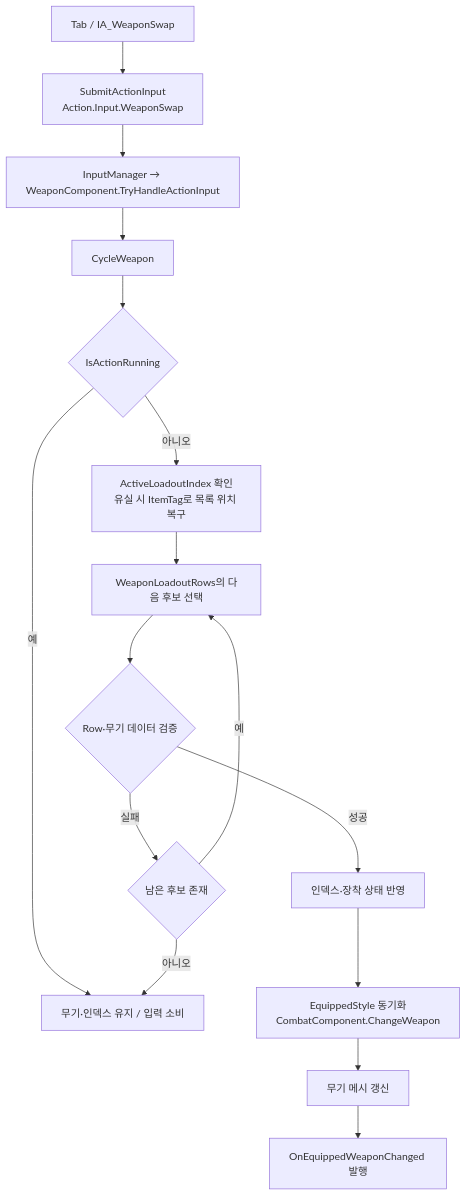
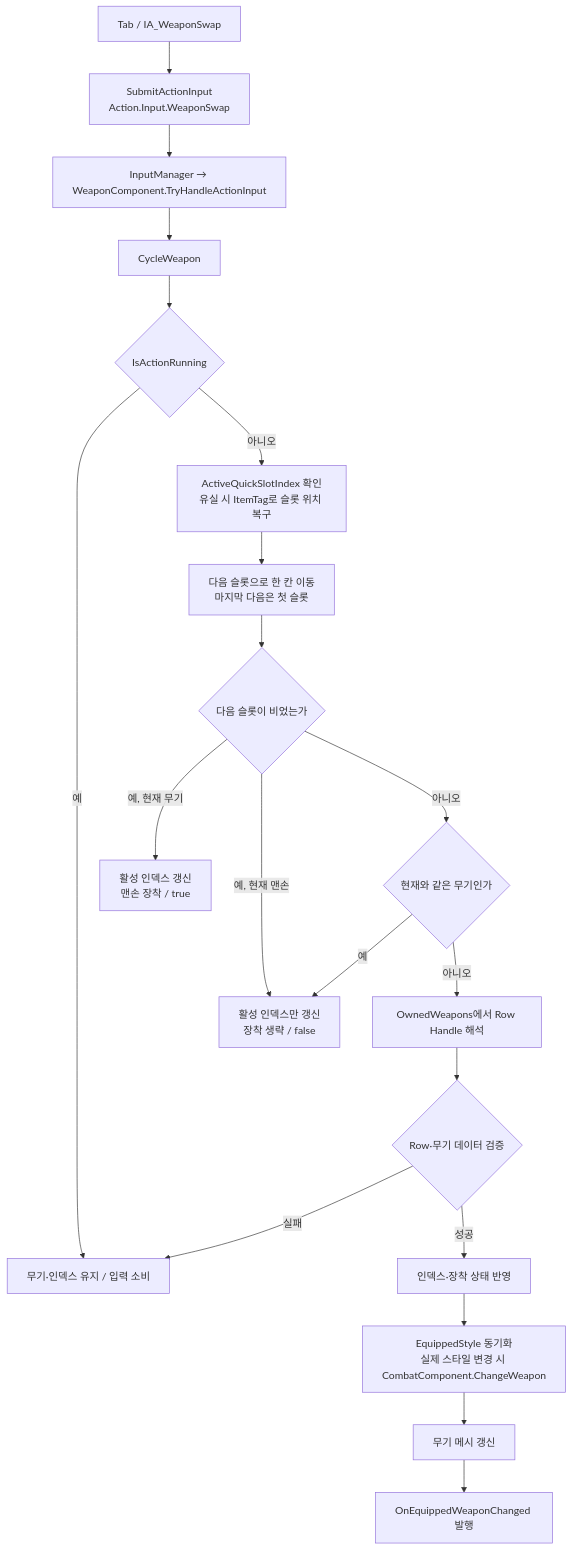
One commit to DreamersStudio3/Maverick changed the diagram in docs/wiki/Features/Combat/Weapon-Swap/document.md. Above: the diagram before and after it, drawn with Mermaid. The commit also changed other lines of this file and 101 other files, not shown here.

````diff
--- a/docs/wiki/Features/Combat/Weapon-Swap/document.md
+++ b/docs/wiki/Features/Combat/Weapon-Swap/document.md
@@ -44,18 +92,22 @@
 ```mermaid
 flowchart TD
     Tab["Tab / IA_WeaponSwap"] --> Submit["SubmitActionInput<br/>Action.Input.WeaponSwap"]
     Submit --> Manager["InputManager → WeaponComponent.TryHandleActionInput"]
     Manager --> Cycle["CycleWeapon"]
     Cycle --> Running{"IsActionRunning"}
     Running -->|예| Keep["무기·인덱스 유지 / 입력 소비"]
-    Running -->|아니오| Index["ActiveLoadoutIndex 확인<br/>유실 시 ItemTag로 목록 위치 복구"]
-    Index --> Candidate["WeaponLoadoutRows의 다음 후보 선택"]
-    Candidate --> Validate{"Row·무기 데이터 검증"}
-    Validate -->|실패| Remaining{"남은 후보 존재"}
-    Remaining -->|예| Candidate
-    Remaining -->|아니오| Keep
+    Running -->|아니오| Index["ActiveQuickSlotIndex 확인<br/>유실 시 ItemTag로 슬롯 위치 복구"]
+    Index --> Next["다음 슬롯으로 한 칸 이동<br/>마지막 다음은 첫 슬롯"]
+    Next --> Empty{"다음 슬롯이 비었는가"}
+    Empty -->|예, 현재 무기| BareHand["활성 인덱스 갱신<br/>맨손 장착 / true"]
+    Empty -->|예, 현재 맨손| IndexOnly["활성 인덱스만 갱신<br/>장착 생략 / false"]
+    Empty -->|아니오| Same{"현재와 같은 무기인가"}
+    Same -->|예| IndexOnly
+    Same -->|아니오| Resolve["OwnedWeapons에서 Row Handle 해석"]
+    Resolve --> Validate{"Row·무기 데이터 검증"}
+    Validate -->|실패| Keep
     Validate -->|성공| Apply["인덱스·장착 상태 반영"]
-    Apply --> Style["EquippedStyle 동기화<br/>CombatComponent.ChangeWeapon"]
+    Apply --> Style["EquippedStyle 동기화<br/>실제 스타일 변경 시 CombatComponent.ChangeWeapon"]
     Style --> Visual["무기 메시 갱신"]
     Visual --> Event["OnEquippedWeaponChanged 발행"]
 ```
````
